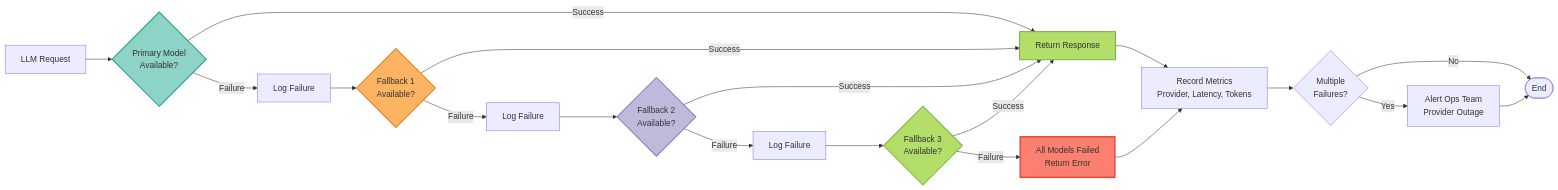
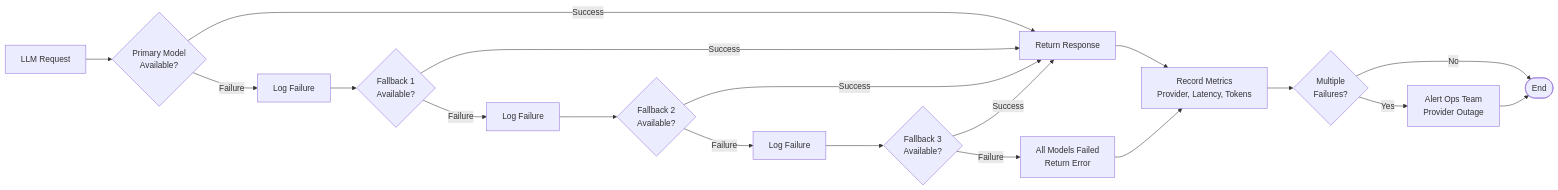
Before and after one commit to vishnu2kmohan/mcp-server-langgraph: the ninth of 10 diagrams in docs/diagrams/system-architecture.mdx, drawn with Mermaid. The commit also changed other lines of this file and 11 other files, not shown here.

First line of the commit message:
docs: modernize Mermaid diagrams to follow 2025 best practices

````diff
--- a/docs/diagrams/system-architecture.mdx
+++ b/docs/diagrams/system-architecture.mdx
@@ -513,34 +484,28 @@
 ```mermaid
 flowchart LR
     Request[LLM Request] --> Primary{Primary Model<br/>Available?}
 
     Primary -->|Success| Response[Return Response]
     Primary -->|Failure| Log1[Log Failure]
 
     Log1 --> Fallback1{Fallback 1<br/>Available?}
     Fallback1 -->|Success| Response
     Fallback1 -->|Failure| Log2[Log Failure]
 
     Log2 --> Fallback2{Fallback 2<br/>Available?}
     Fallback2 -->|Success| Response
     Fallback2 -->|Failure| Log3[Log Failure]
 
     Log3 --> Fallback3{Fallback 3<br/>Available?}
     Fallback3 -->|Success| Response
     Fallback3 -->|Failure| Error[All Models Failed<br/>Return Error]
 
     Response --> Metrics[Record Metrics<br/>Provider, Latency, Tokens]
     Error --> Metrics
 
     Metrics --> Alert{Multiple<br/>Failures?}
     Alert -->|Yes| Notify[Alert Ops Team<br/>Provider Outage]
     Alert -->|No| End([End])
     Notify --> End
 
-    style Primary fill:#8dd3c7,stroke:#2a9d8f,stroke-width:2px,color:#333
-    style Fallback1 fill:#fdb462,stroke:#e67e22,stroke-width:2px,color:#333
-    style Fallback2 fill:#bebada,stroke:#8e7cc3,stroke-width:2px,color:#333
-    style Fallback3 fill:#b3de69,stroke:#7cb342,stroke-width:2px,color:#333
-    style Error fill:#fb8072,stroke:#e74c3c,stroke-width:3px,color:#333
-    style Response fill:#b3de69,stroke:#7cb342,stroke-width:2px,color:#333
 ```
````
